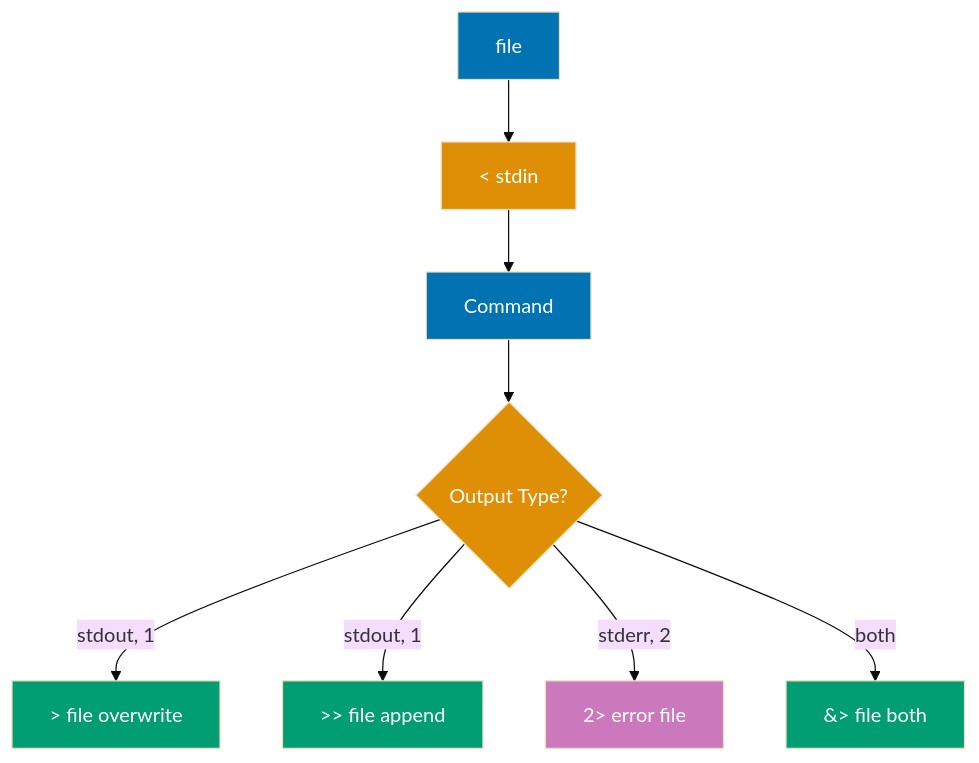
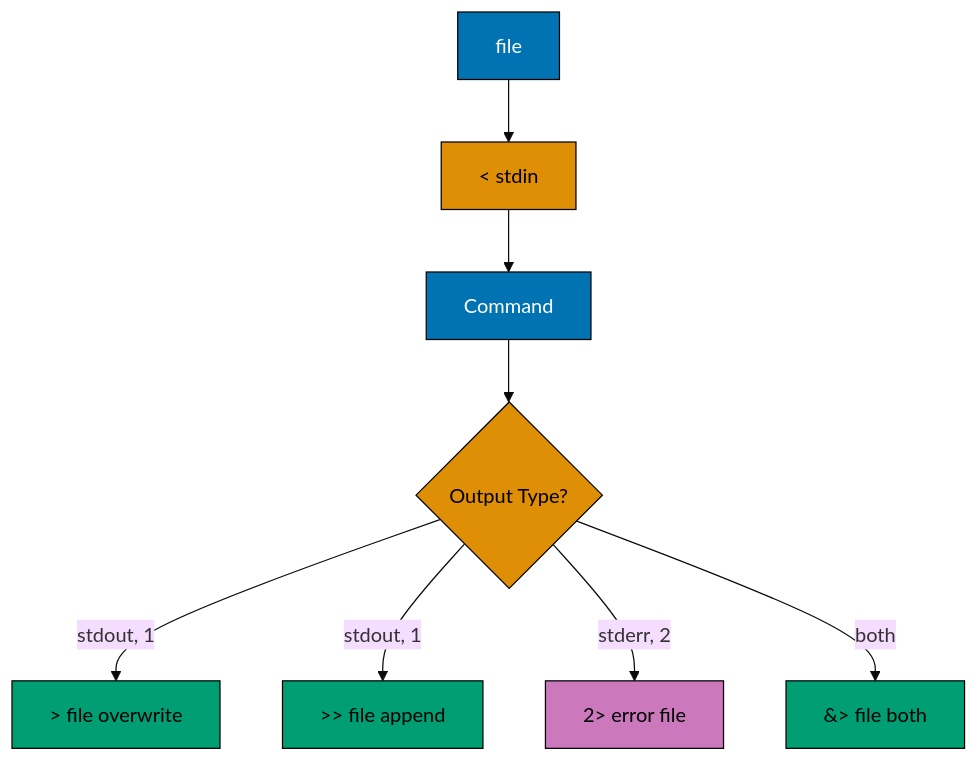
Before and after one commit to wahidyankf/ose-public: the sixth of 15 diagrams in apps/ayokoding-www/content/en/learn/legacy/software-engineering/platforms/linux/tools/shell/by-example/beginner.md, drawn with Mermaid (base theme). The commit also changed other lines of this file and 130 other files, not shown here.

First line of the commit message:
fix(mermaid): bring the legacy platforms diagrams onto the accessible palette

````diff
--- a/apps/ayokoding-www/content/en/learn/legacy/software-engineering/platforms/linux/tools/shell/by-example/beginner.md
+++ b/apps/ayokoding-www/content/en/learn/legacy/software-engineering/platforms/linux/tools/shell/by-example/beginner.md
@@ -565,20 +600,27 @@
 ```mermaid
 %% Redirection flow
 graph TD
+    accTitle: Example 9: Output Redirection
+    accDescr: Graph with 8 nodes and 7 connections. Nodes: Command, Output Type?, > file overwrite, >> file append, 2> error file, F, file, < stdin. Connections: Command to Output Type?, Output Type? to > file overwrite (stdout, 1), Output Type? to >> file append (stdout, 1), Output Type? to 2> error file (stderr, 2), Output Type? to F (both), file to < stdin, < stdin to Command.
     A[Command] --> B{Output Type?}
     B -->|stdout, 1| C[> file overwrite]
     B -->|stdout, 1| D[>> file append]
     B -->|stderr, 2| E[2> error file]
     B -->|both| F[&> file both]
     G[file] --> H[< stdin]
     H --> A
 
-    style A fill:#0173B2,color:#fff
-    style B fill:#DE8F05,color:#fff
-    style C fill:#029E73,color:#fff
-    style D fill:#029E73,color:#fff
-    style E fill:#CC78BC,color:#fff
-    style F fill:#029E73,color:#fff
-    style G fill:#0173B2,color:#fff
-    style H fill:#DE8F05,color:#fff
+    classDef pal-0173B2 fill:#0173B2,stroke:#000000,color:#FFFFFF
+    class A pal-0173B2
+    classDef pal-DE8F05 fill:#DE8F05,stroke:#000000,color:#000000
+    class B pal-DE8F05
+    classDef pal-029E73 fill:#029E73,stroke:#000000,color:#000000
+    class C pal-029E73
+    class D pal-029E73
+    classDef pal-CC78BC fill:#CC78BC,stroke:#000000,color:#000000
+    class E pal-CC78BC
+    class F pal-029E73
+    class G pal-0173B2
+    class H pal-DE8F05
+    classDef default fill:#FFFFFF,stroke:#000000,color:#000000
 ```
````
